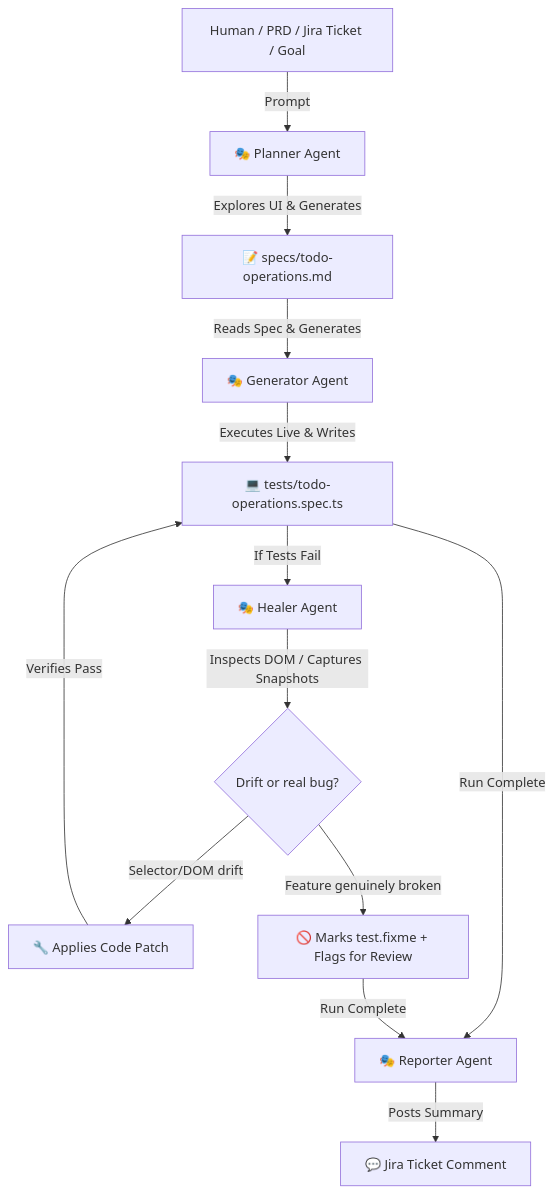
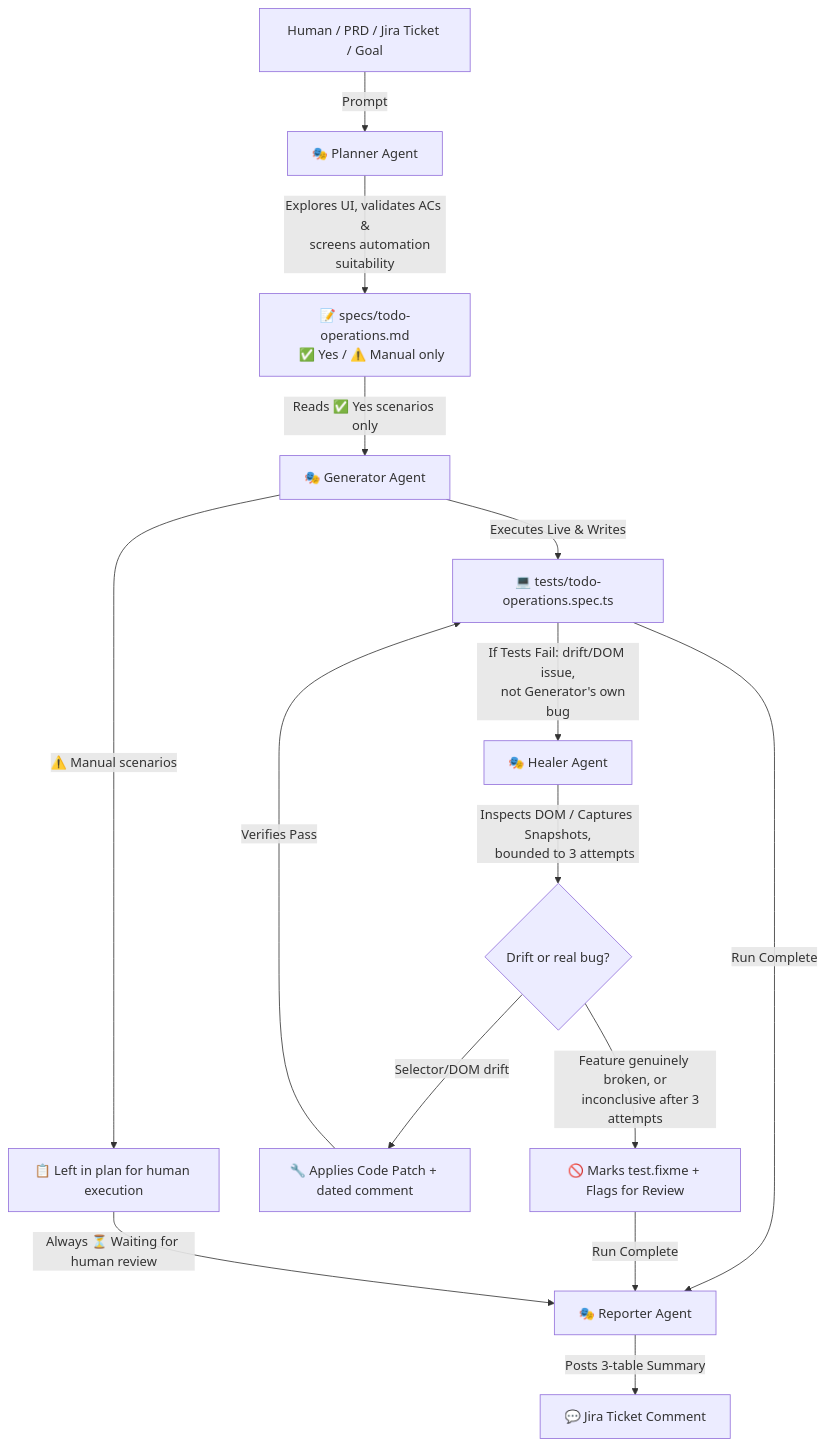
One commit to carlospardo87/agentic-qa changed the diagram in docs/agents-architecture.md. Above: the diagram before and after it, drawn with Mermaid. The commit also changed other lines of this file and 4 other files, not shown here.

Commit message:
docs: update agents architecture and enhance agent descriptions for clarity and automation suitability criteria

````diff
--- a/docs/agents-architecture.md
+++ b/docs/agents-architecture.md
@@ -11,15 +11,22 @@
 ```mermaid
 graph TD
     A[Human / PRD / Jira Ticket / Goal] -->|Prompt| B[🎭 Planner Agent]
-    B -->|Explores UI & Generates| C[📝 specs/todo-operations.md]
-    C -->|Reads Spec & Generates| D[🎭 Generator Agent]
+    B -->|Explores UI, validates ACs &
+    screens automation suitability| C[📝 specs/todo-operations.md
+    ✅ Yes / ⚠️ Manual only]
+    C -->|Reads ✅ Yes scenarios only| D[🎭 Generator Agent]
     D -->|Executes Live & Writes| E[💻 tests/todo-operations.spec.ts]
-    E -->|If Tests Fail| F[🎭 Healer Agent]
-    F -->|Inspects DOM / Captures Snapshots| H{Drift or real bug?}
-    H -->|Selector/DOM drift| G[🔧 Applies Code Patch]
+    D -->|⚠️ Manual scenarios| M[📋 Left in plan for human execution]
+    E -->|If Tests Fail: drift/DOM issue,
+    not Generator's own bug| F[🎭 Healer Agent]
+    F -->|Inspects DOM / Captures Snapshots,
+    bounded to 3 attempts| H{Drift or real bug?}
+    H -->|Selector/DOM drift| G[🔧 Applies Code Patch + dated comment]
     G -->|Verifies Pass| E
-    H -->|Feature genuinely broken| I[🚫 Marks test.fixme + Flags for Review]
+    H -->|Feature genuinely broken, or
+    inconclusive after 3 attempts| I[🚫 Marks test.fixme + Flags for Review]
     E -->|Run Complete| J[🎭 Reporter Agent]
     I -->|Run Complete| J
-    J -->|Posts Summary| K[💬 Jira Ticket Comment]
+    M -->|Always ⏳ Waiting for human review| J
+    J -->|Posts 3-table Summary| K[💬 Jira Ticket Comment]
 ```
````
